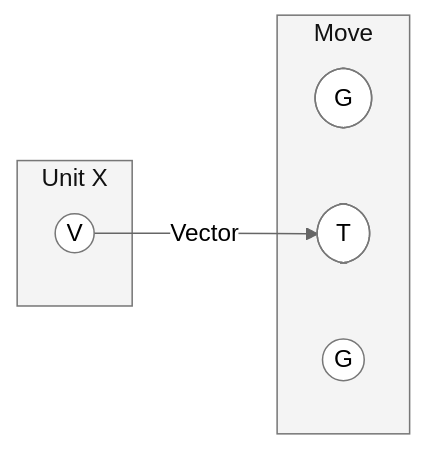
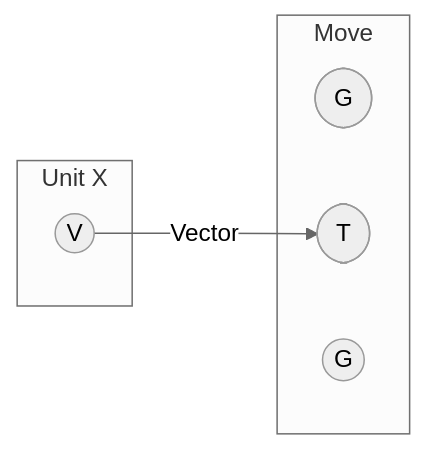
One commit to takuto-NA/rhino-gh-explained changed the sixth of 6 diagrams in docs/grasshopper/diagrams.md. Above: the diagram before and after it, drawn with Mermaid (neutral theme). The commit also changed other lines of this file and 9 other files, not shown here.

````diff
--- a/docs/grasshopper/diagrams.md
+++ b/docs/grasshopper/diagrams.md
@@ -96,26 +183,16 @@
 ```mermaid
 flowchart LR
-  %% ===== Styles =====
-  classDef comp fill:#f4f4f4,stroke:#777,stroke-width:1px,color:#111;
-  classDef portIn fill:#ffffff,stroke:#777,stroke-width:1px;
-  classDef portOut fill:#ffffff,stroke:#777,stroke-width:1px;
-
   %% ===== Components =====
   subgraph comp_Move["Move"]
     in_G([G])
     in_T([T])
     out_G((G))
   end
 
   subgraph comp_UnitX["Unit X"]
     out_V((V))
   end
 
   %% ===== Wires =====
   out_V -->|Vector| in_T
-
-  %% ===== Apply Classes =====
-  class comp_Move,comp_UnitX comp;
-  class in_G,in_T portIn;
-  class out_G,out_V portOut;
 ```
````
